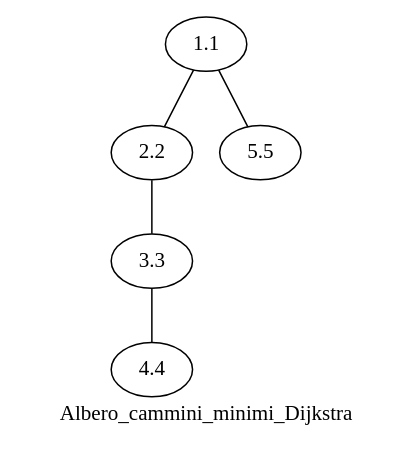
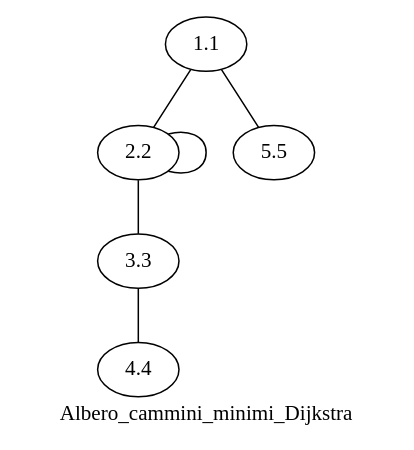
One commit to francescagregorio/ES_PCS_26 changed the diagram in esercitazione9/build/dijkstra_result2.dot. Above: the diagram before and after it, drawn with Graphviz. The commit also changed 4 other files, not shown here.

```diff
--- a/esercitazione9/build/dijkstra_result2.dot
+++ b/esercitazione9/build/dijkstra_result2.dot
@@ -1,12 +1,13 @@
 graph G {
  label = Albero_cammini_minimi_Dijkstra;
  1.1 ;
  2.2 ;
  3.3 ;
  4.4 ;
  5.5 ;
  1.1 -- 2.2 ;
  1.1 -- 5.5 ;
+ 2.2 -- 2.2 ;
  2.2 -- 3.3 ;
  3.3 -- 4.4 ;
 }
```
